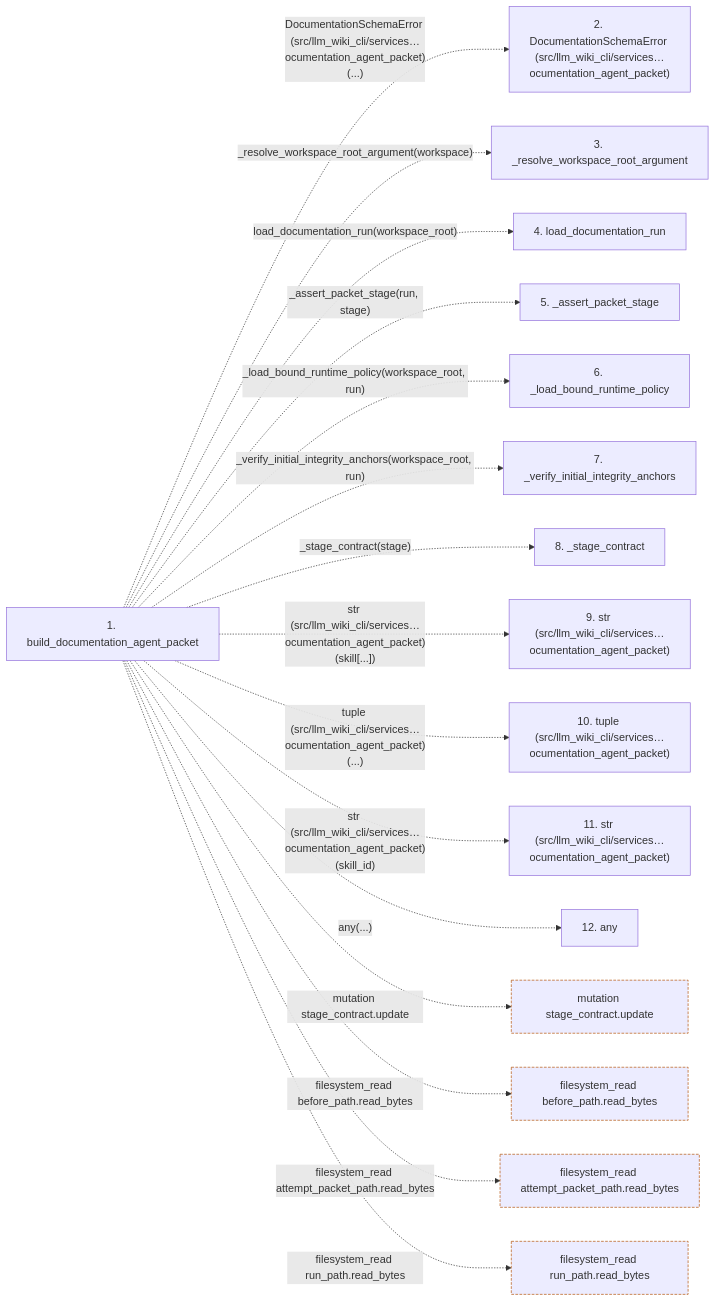
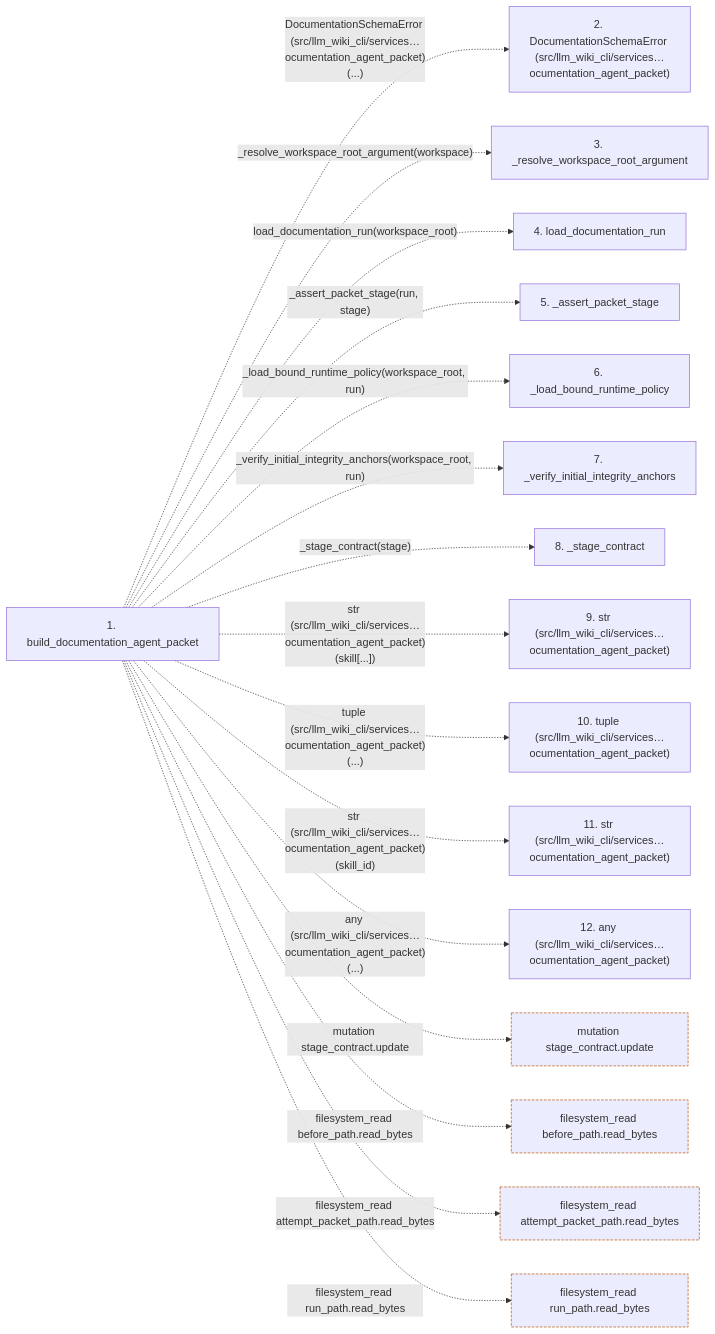
One commit to Denissvgn/python-wiki-llm changed the second of 2 diagrams in docs/llm_wiki/flows/api-build_documentation_agent_packet.md. Above: the diagram before and after it, drawn with Mermaid. The commit also changed other lines of this file and 297 other files, not shown here.

````diff
--- a/docs/llm_wiki/flows/api-build_documentation_agent_packet.md
+++ b/docs/llm_wiki/flows/api-build_documentation_agent_packet.md
@@ -144,40 +146,40 @@
 ```mermaid
 flowchart LR
     s1["1. build_documentation_agent_packet"]
     s2["2. DocumentationSchemaError (src/llm_wiki_cli/services…ocumentation_agent_packet)"]
     s3["3. _resolve_workspace_root_argument"]
     s4["4. load_documentation_run"]
     s5["5. _assert_packet_stage"]
     s6["6. _load_bound_runtime_policy"]
     s7["7. _verify_initial_integrity_anchors"]
     s8["8. _stage_contract"]
     s9["9. str (src/llm_wiki_cli/services…ocumentation_agent_packet)"]
     s10["10. tuple (src/llm_wiki_cli/services…ocumentation_agent_packet)"]
     s11["11. str (src/llm_wiki_cli/services…ocumentation_agent_packet)"]
-    s12["12. any"]
+    s12["12. any (src/llm_wiki_cli/services…ocumentation_agent_packet)"]
     s1 -. "DocumentationSchemaError (src/llm_wiki_cli/services…ocumentation_agent_packet)(...)" .-> s2
     s1 -. "_resolve_workspace_root_argument(workspace)" .-> s3
     s1 -. "load_documentation_run(workspace_root)" .-> s4
     s1 -. "_assert_packet_stage(run, stage)" .-> s5
     s1 -. "_load_bound_runtime_policy(workspace_root, run)" .-> s6
     s1 -. "_verify_initial_integrity_anchors(workspace_root, run)" .-> s7
     s1 -. "_stage_contract(stage)" .-> s8
     s1 -. "str (src/llm_wiki_cli/services…ocumentation_agent_packet)(skill[...])" .-> s9
     s1 -. "tuple (src/llm_wiki_cli/services…ocumentation_agent_packet)(...)" .-> s10
     s1 -. "str (src/llm_wiki_cli/services…ocumentation_agent_packet)(skill_id)" .-> s11
-    s1 -. "any(...)" .-> s12
+    s1 -. "any (src/llm_wiki_cli/services…ocumentation_agent_packet)(...)" .-> s12
     b0["mutation stage_contract.update"]
     s1 -. "mutation stage_contract.update" .-> b0
     b1["filesystem_read before_path.read_bytes"]
     s1 -. "filesystem_read before_path.read_bytes" .-> b1
     b2["filesystem_read attempt_packet_path.read_bytes"]
     s1 -. "filesystem_read attempt_packet_path.read_bytes" .-> b2
     b3["filesystem_read run_path.read_bytes"]
     s1 -. "filesystem_read run_path.read_bytes" .-> b3
     click s1 "../modules/packet.md"
     classDef boundary stroke:#b45309,stroke-dasharray: 4 2
     class b0 boundary
     class b1 boundary
     class b2 boundary
     class b3 boundary
 ```
````
